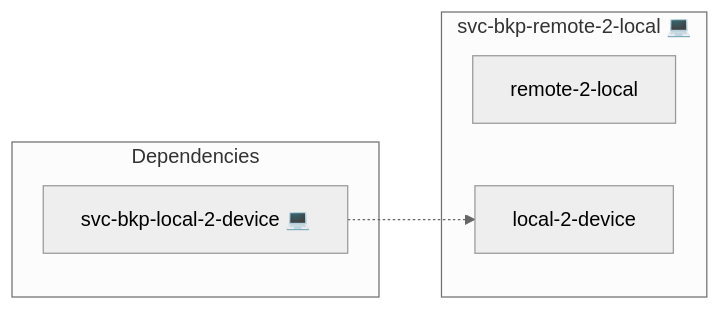
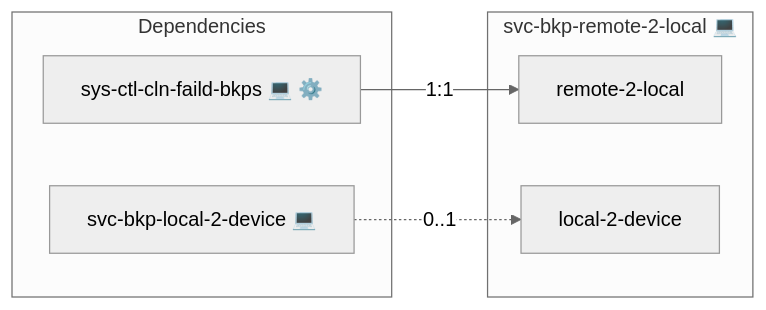
One commit to AlejandroRomanIbanez/infinito-nexus changed the first of 2 diagrams in roles/svc-bkp-remote-2-local/README.md. Above: the diagram before and after it, drawn with Mermaid (neutral theme). The commit also changed other lines of this file and 4 other files, not shown here.

First line of the commit message:
docs(svc-bkp): regenerate READMEs with current cosmos diagrams

````diff
--- a/roles/svc-bkp-remote-2-local/README.md
+++ b/roles/svc-bkp-remote-2-local/README.md
@@ -17,11 +17,13 @@
 ```mermaid
 flowchart LR
     subgraph deps [Dependencies]
         dep_svc_bkp_local_2_device["svc-bkp-local-2-device 💻"]
+        dep_sys_ctl_cln_faild_bkps["sys-ctl-cln-faild-bkps 💻 ⚙️"]
     end
     subgraph role [svc-bkp-remote-2-local 💻]
         svc_remote_2_local["remote-2-local"]
         svc_local_2_device["local-2-device"]
     end
-    dep_svc_bkp_local_2_device -.-> svc_local_2_device
+    dep_svc_bkp_local_2_device -. "0..1" .-> svc_local_2_device
+    dep_sys_ctl_cln_faild_bkps -- "1:1" --> svc_remote_2_local
 ```
````
